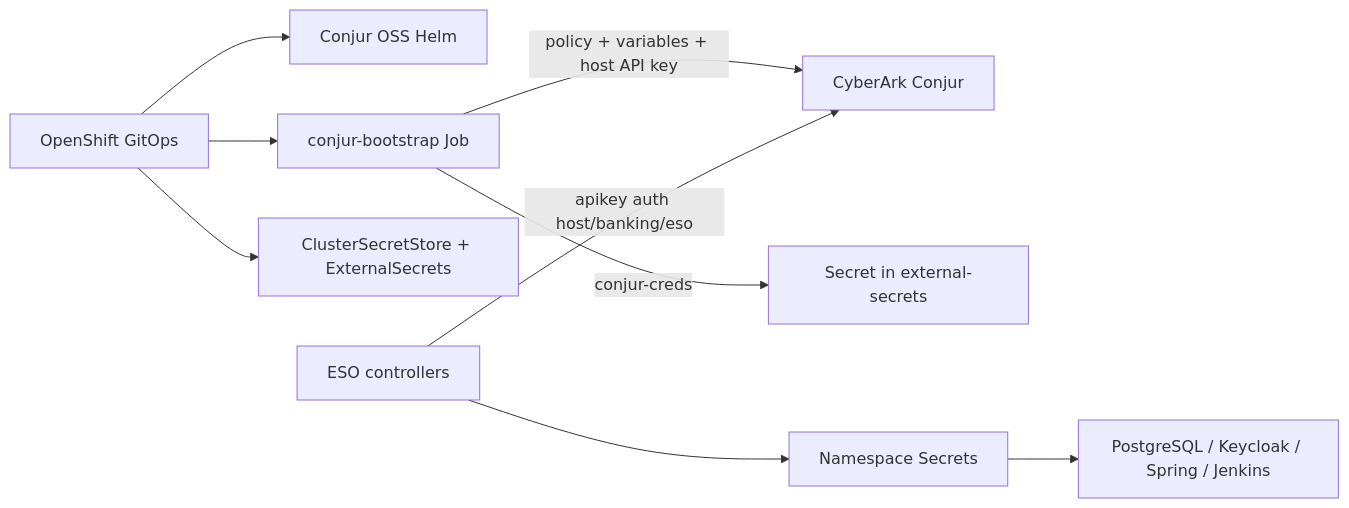
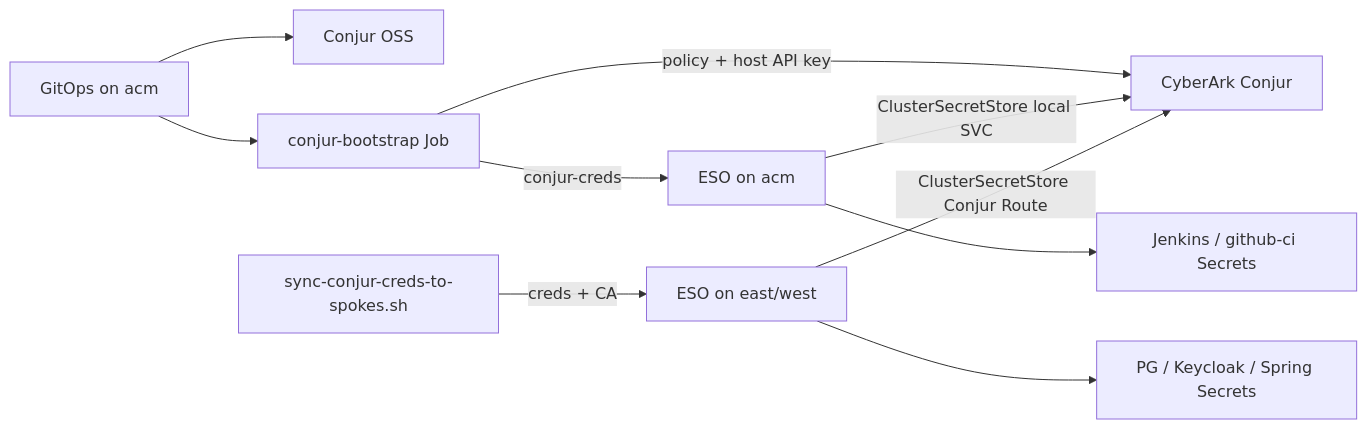
Before and after one commit to panchoraposo/demo-spring: the diagram in docs/secrets-management.md, drawn with Mermaid. The commit also changed other lines of this file and 108 other files, not shown here.

First line of the commit message:
feat: multi-cluster GitOps for acm/east/west with ambient mesh

````diff
--- a/docs/secrets-management.md
+++ b/docs/secrets-management.md
@@ -7,11 +7,12 @@
 ```mermaid
 flowchart LR
-  Argo[OpenShift GitOps] --> ConjurHelm[Conjur OSS Helm]
-  Argo --> Boot[conjur-bootstrap Job]
-  Argo --> ESOCfg[ClusterSecretStore + ExternalSecrets]
-  Boot -->|policy + variables + host API key| Conjur[CyberArk Conjur]
-  Boot -->|conjur-creds| ESOCreds[Secret in external-secrets]
-  ESO[ESO controllers] -->|apikey auth host/banking/eso| Conjur
-  ESO --> K8sSecrets[Namespace Secrets]
-  K8sSecrets --> Apps[PostgreSQL / Keycloak / Spring / Jenkins]
+  ArgoHub[GitOps on acm] --> ConjurHelm[Conjur OSS]
+  ArgoHub --> Boot[conjur-bootstrap Job]
+  Boot -->|policy + host API key| Conjur[CyberArk Conjur]
+  Boot -->|conjur-creds| HubESO[ESO on acm]
+  Sync[sync-conjur-creds-to-spokes.sh] -->|creds + CA| SpokeESO[ESO on east/west]
+  HubESO -->|ClusterSecretStore local SVC| Conjur
+  SpokeESO -->|ClusterSecretStore Conjur Route| Conjur
+  SpokeESO --> AppSecrets[PG / Keycloak / Spring Secrets]
+  HubESO --> CiSecrets[Jenkins / github-ci Secrets]
 ```
````
